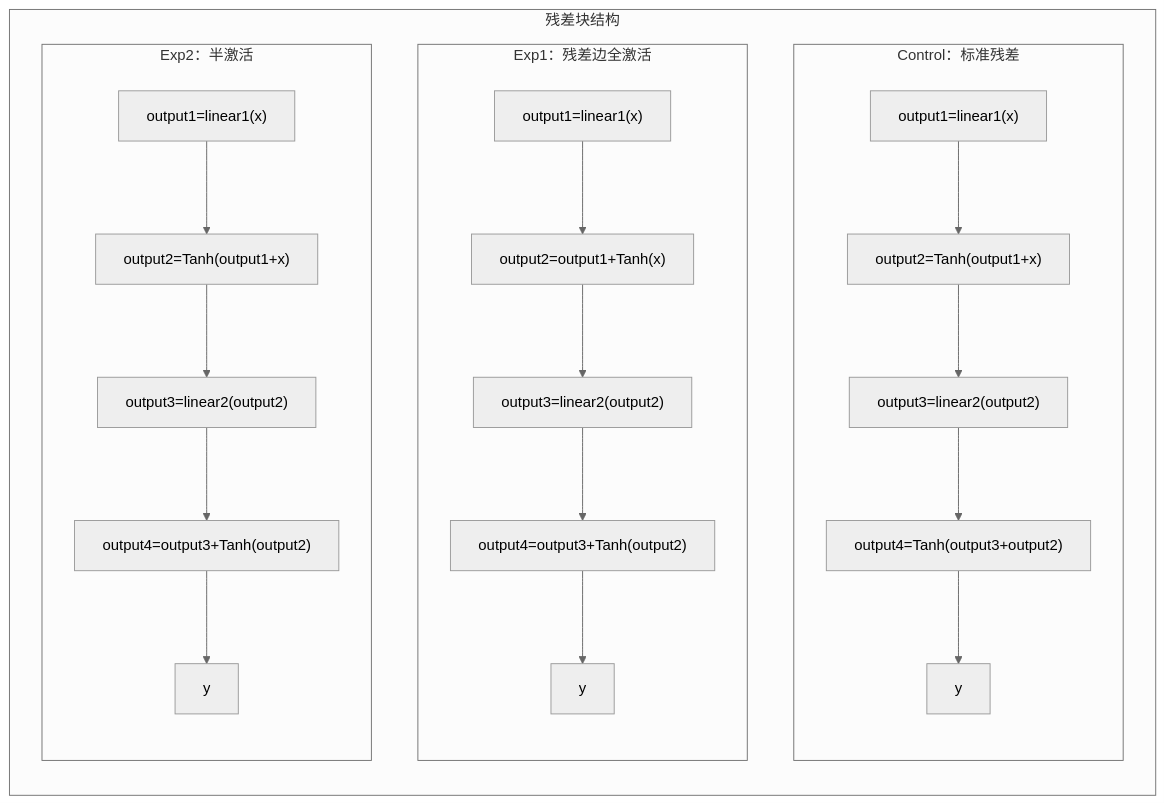
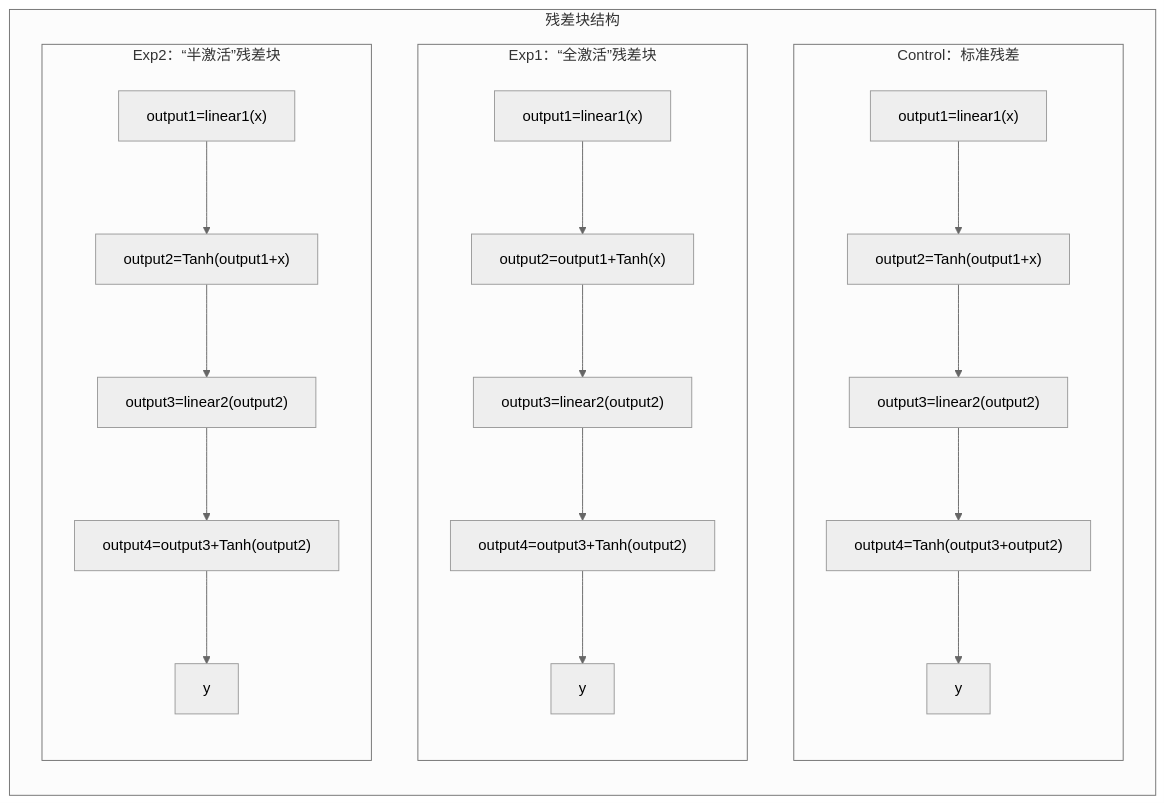
The fifth of 5 diagrams in README.md (57ws/Graph-Theory-Representation-of-Residual-Connection), drawn with Mermaid (neutral theme) before and after one commit.

````diff
--- a/README.md
+++ b/README.md
@@ -137,21 +137,21 @@
 ```mermaid
 graph LR
     subgraph 残差块结构
         direction TB
         
         subgraph 对照组[Control：标准残差]
             direction TB
             C1["output1=linear1(x)"] --> C2["output2=Tanh(output1+x)"] --> C3["output3=linear2(output2)"] --> C4["output4=Tanh(output3+output2)"] --> C5["y"]
         end
         
-        subgraph 实验组1[Exp1：残差边全激活]
+        subgraph 实验组1[Exp1：“全激活”残差块]
             direction TB
             E1a["output1=linear1(x)"] --> E2a["output2=output1+Tanh(x)"] --> E3a["output3=linear2(output2)"] --> E4a["output4=output3+Tanh(output2)"] --> E5a["y"]
         end
         
-        subgraph 实验组2[Exp2：半激活]
+        subgraph 实验组2[Exp2：“半激活”残差块]
             direction TB
             E1b["output1=linear1(x)"] --> E2b["output2=Tanh(output1+x)"] --> E3b["output3=linear2(output2)"] --> E4b["output4=output3+Tanh(output2)"] --> E5b["y"]
         end
     end
 ```
````
